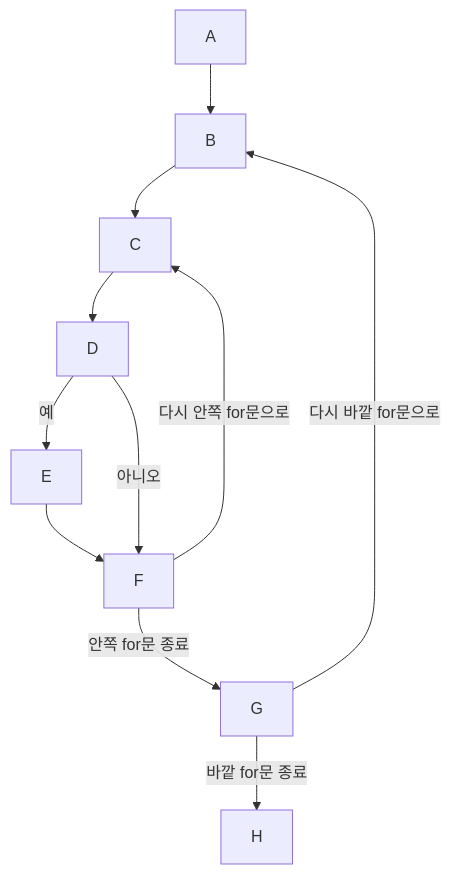
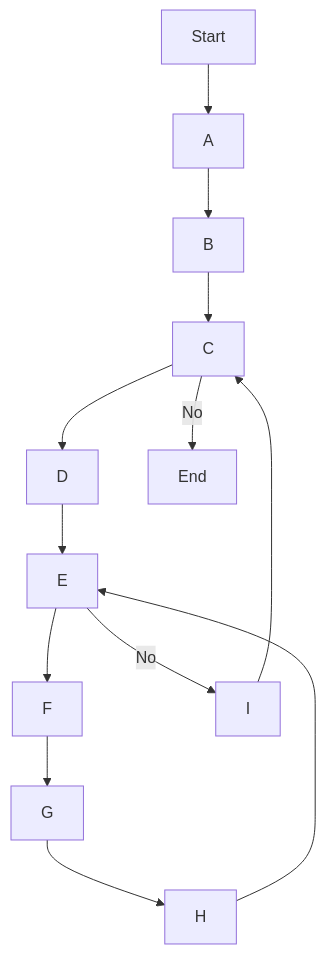
The diagram in bubblesort_flow.md (Ujingy/chatGPT), drawn with Mermaid before and after one commit. The commit also changed other lines of this file, not shown here.

````diff
--- a/bubblesort_flow.md
+++ b/bubblesort_flow.md
@@ -11,13 +15,16 @@
 ``` mermaid
 graph TD
+    Start --> A
     A --> B
     B --> C
     C --> D
-    D -- 예 --> E
+    D --> E
     E --> F
-    D -- 아니오 --> F
-    F -- 다시 안쪽 for문으로 --> C
-    F -- 안쪽 for문 종료 --> G
-    G -- 다시 바깥 for문으로 --> B
-    G -- 바깥 for문 종료 --> H
+    F --> G
+    G --> H
+    H --> E
+    E -- No --> I
+    I --> C
+    C -- No --> End
+
 ```
````
